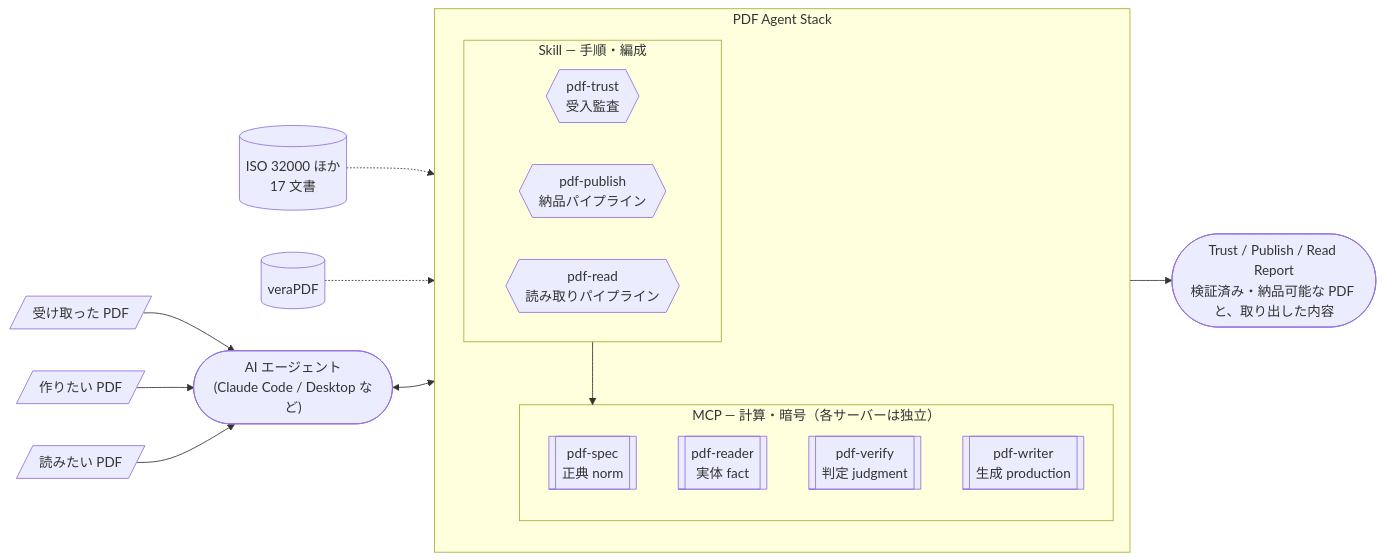
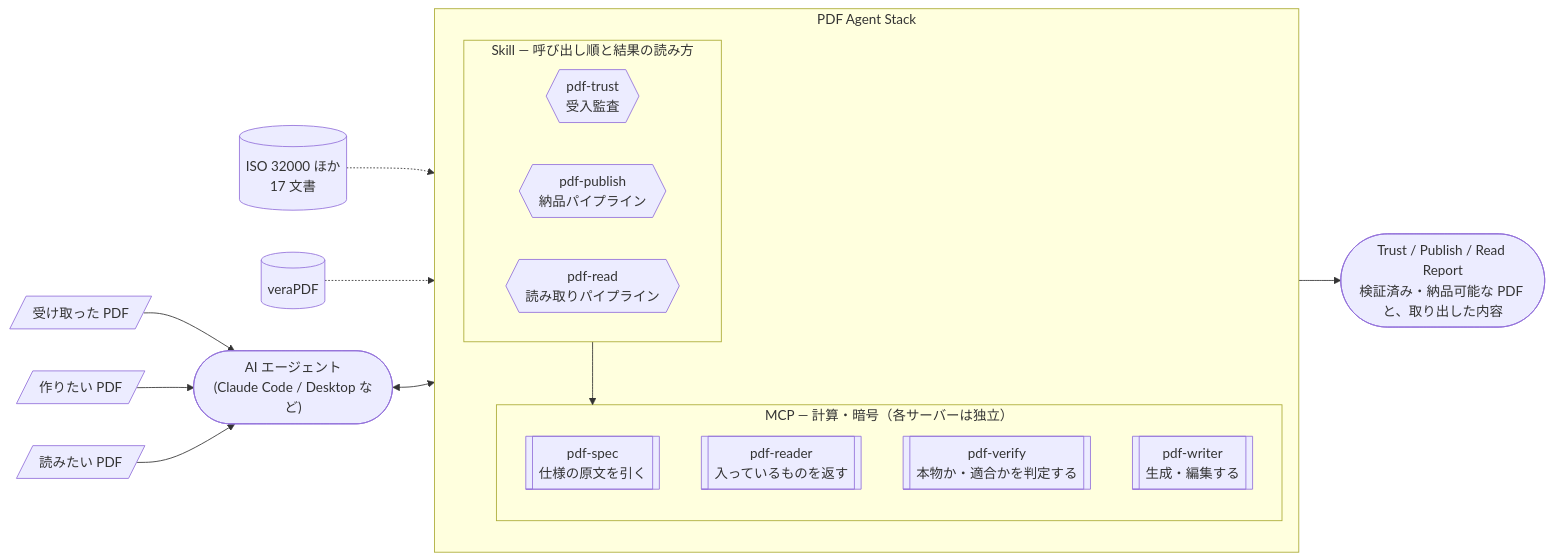
Before and after one commit to shuji-bonji/pdf-agent-stack: the first of 2 diagrams in site/docs/ja/guide/architecture.md, drawn with Mermaid. The commit also changed other lines of this file and 6 other files, not shown here.

````diff
--- a/site/docs/ja/guide/architecture.md
+++ b/site/docs/ja/guide/architecture.md
@@ -11,29 +11,29 @@
 ```mermaid
 graph LR
   AGENT(["AI エージェント<br>(Claude Code / Desktop など)"])
 
   subgraph FAMILY["PDF Agent Stack"]
     direction TB
-    subgraph SKILL["Skill — 手順・編成"]
+    subgraph SKILL["Skill — 呼び出し順と結果の読み方"]
       TRUST{{"pdf-trust<br>受入監査"}}
       PUBLISH{{"pdf-publish<br>納品パイプライン"}}
       READ{{"pdf-read<br>読み取りパイプライン"}}
     end
     subgraph MCP["MCP — 計算・暗号（各サーバーは独立）"]
-      SPEC[["pdf-spec<br>正典 norm"]]
-      READER[["pdf-reader<br>実体 fact"]]
-      VERIFY[["pdf-verify<br>判定 judgment"]]
-      WRITER[["pdf-writer<br>生成 production"]]
+      SPEC[["pdf-spec<br>仕様の原文を引く"]]
+      READER[["pdf-reader<br>入っているものを返す"]]
+      VERIFY[["pdf-verify<br>本物か・適合かを判定する"]]
+      WRITER[["pdf-writer<br>生成・編集する"]]
     end
     SKILL --> MCP
   end
 
   IN[/"受け取った PDF"/] --> AGENT
   NEED[/"作りたい PDF"/] --> AGENT
   DOC[/"読みたい PDF"/] --> AGENT
   AGENT <--> FAMILY
   FAMILY --> OUT(["Trust / Publish / Read Report<br>検証済み・納品可能な PDF と、取り出した内容"])
 
   SPECDOC[("ISO 32000 ほか<br>17 文書")] -.-> SPEC
   VERA[("veraPDF")] -.-> VERIFY
 ```
````
